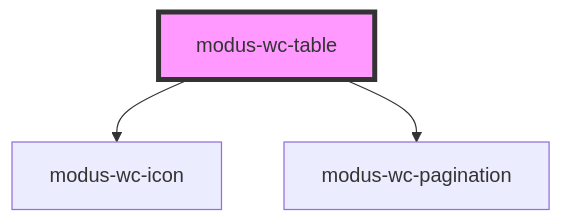
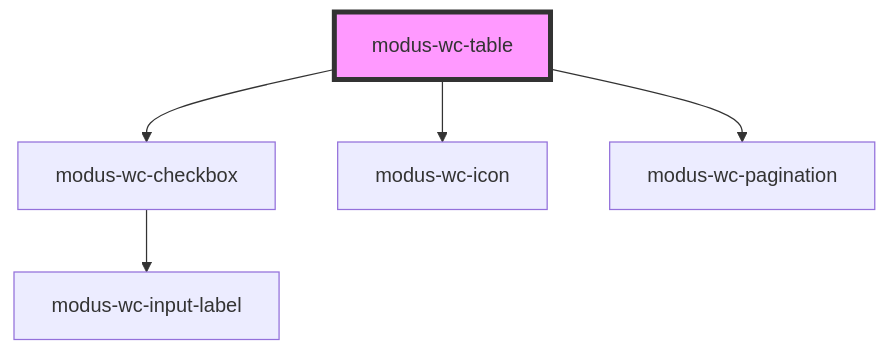
One commit to trimble-oss/modus-wc-2.0 changed the diagram in src/components/modus-wc-table/readme.md. Above: the diagram before and after it, drawn with Mermaid. The commit also changed other lines of this file and 8 other files, not shown here.

````diff
--- a/src/components/modus-wc-table/readme.md
+++ b/src/components/modus-wc-table/readme.md
@@ -43,6 +47,8 @@
 ```mermaid
 graph TD;
+  modus-wc-table --> modus-wc-checkbox
   modus-wc-table --> modus-wc-icon
   modus-wc-table --> modus-wc-pagination
+  modus-wc-checkbox --> modus-wc-input-label
   style modus-wc-table fill:#f9f,stroke:#333,stroke-width:4px
 ```
````
